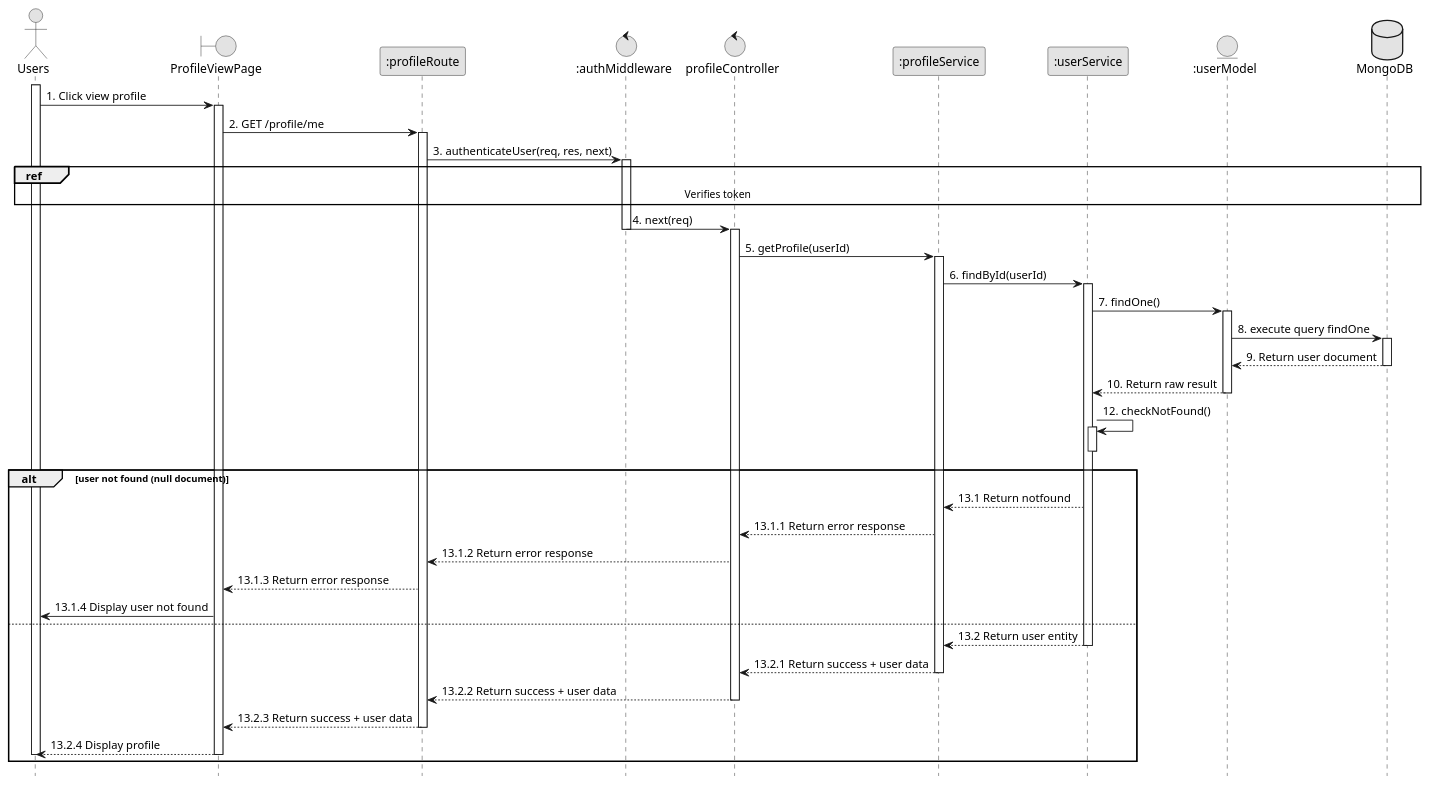
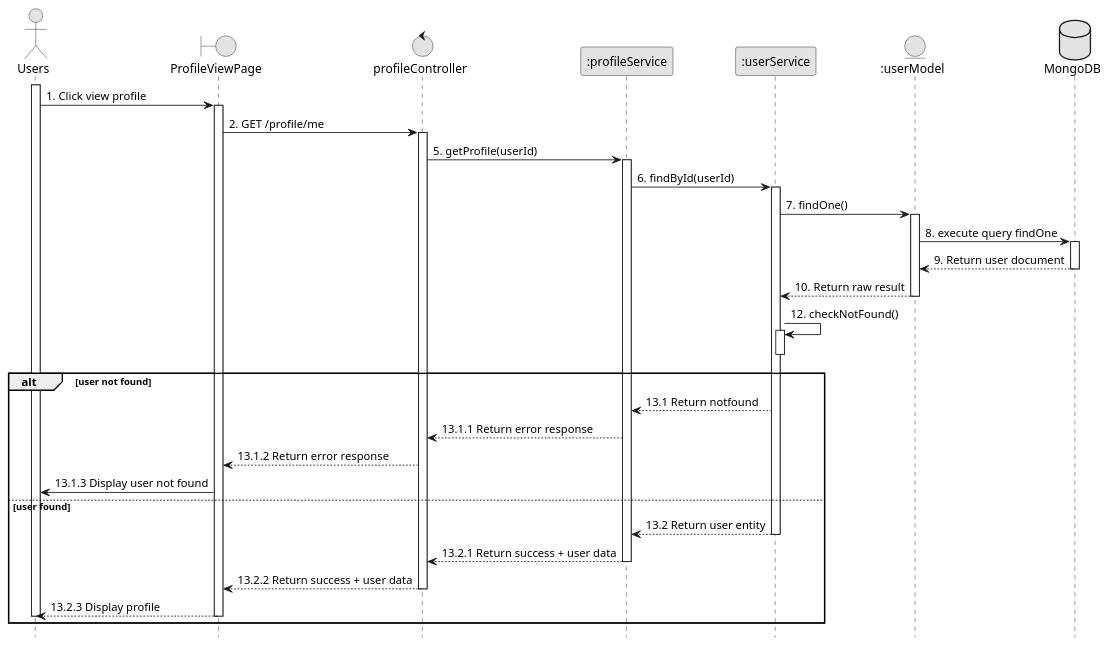
The diagram in planuml/web/9.1_viewProfile.puml (VietDurian/VietDurian), drawn with PlantUML before and after one commit. The commit also changed 39 other files, not shown here.

Commit message:
ViVLT: Add sequence diagram

```diff
--- a/planuml/web/9.1_viewProfile.puml
+++ b/planuml/web/9.1_viewProfile.puml
@@ -1,64 +1,52 @@
 @startuml 9.1_viewProfile
 skinparam monochrome true
 skinparam shadowing false
 skinparam sequenceArrowThickness 1
 hide footbox
 
 
 actor User as "Users"
 boundary "ProfileViewPage" as UI
-participant ":profileRoute" as Route
-control ":authMiddleware" as AuthMiddleware
 control "profileController" as Controller
 participant ":profileService" as ProfileService
 participant ":userService" as UserService
 entity ":userModel" as UserModel
 database "MongoDB" as DB
 
 activate User
 User -> UI : 1. Click view profile
 activate UI
-UI -> Route : 2. GET /profile/me
-activate Route
-Route -> AuthMiddleware : 3. authenticateUser(req, res, next)
-activate AuthMiddleware
-
-ref over User, DB: Verifies token
-AuthMiddleware -> Controller : 4. next(req)
-deactivate AuthMiddleware
+UI -> Controller : 2. GET /profile/me
 activate Controller
 Controller -> ProfileService : 5. getProfile(userId)
 activate ProfileService
 ProfileService -> UserService : 6. findById(userId)
 activate UserService
 UserService -> UserModel : 7. findOne()
 activate UserModel
 UserModel -> DB : 8. execute query findOne
 activate DB
 DB --> UserModel : 9. Return user document
 deactivate DB
 UserModel --> UserService : 10. Return raw result
 deactivate UserModel
 UserService -> UserService : 12. checkNotFound()
 activate UserService
 deactivate UserService
-alt user not found (null document)
+alt user not found 
     UserService --> ProfileService : 13.1 Return notfound
     ProfileService --> Controller : 13.1.1 Return error response
-    Controller --> Route : 13.1.2 Return error response
-    Route --> UI : 13.1.3 Return error response
-    UI -> User : 13.1.4 Display user not found
-else
+    Controller --> UI : 13.1.2 Return error response
+    UI -> User : 13.1.3 Display user not found
+else user found
     UserService --> ProfileService : 13.2 Return user entity
     deactivate UserService
     ProfileService --> Controller : 13.2.1 Return success + user data
     deactivate ProfileService
-    Controller --> Route : 13.2.2 Return success + user data 
+    Controller --> UI : 13.2.2 Return success + user data 
     deactivate Controller
-    Route --> UI : 13.2.3 Return success + user data 
-    deactivate Route
-    UI --> User : 13.2.4 Display profile
+    UI --> User : 13.2.3 Display profile
     deactivate UI
     deactivate User
 end
 @enduml
```
